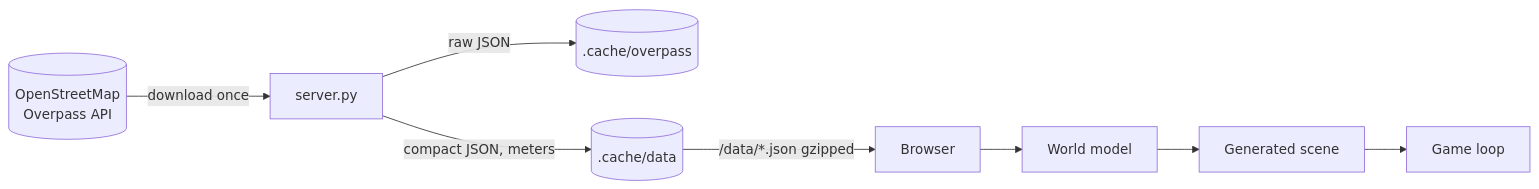
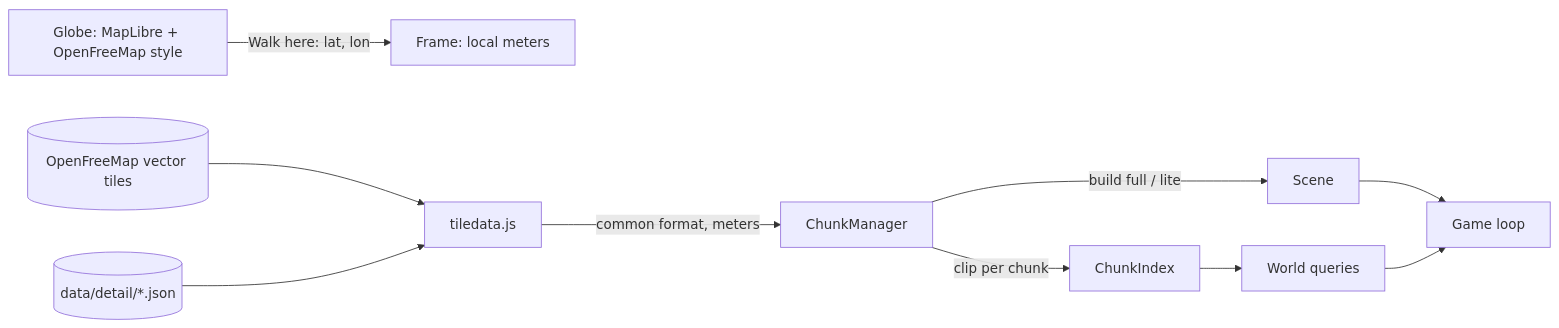
Before and after one commit to muhammad-hassnain/open-world: the diagram in docs/ARCHITECTURE.md, drawn with Mermaid. The commit also changed other lines of this file and 31 other files, not shown here.

First line of the commit message:
Extend the world to the whole planet with a globe and streaming tiles

````diff
--- a/docs/ARCHITECTURE.md
+++ b/docs/ARCHITECTURE.md
@@ -5,8 +5,10 @@
 ```mermaid
 flowchart LR
-  OSM[(OpenStreetMap<br/>Overpass API)] -->|download once| S[server.py]
-  S -->|raw JSON| RC[(.cache/overpass)]
-  S -->|compact JSON, meters| DC[(.cache/data)]
-  DC -->|/data/*.json gzipped| B[Browser]
-  B --> W[World model] --> G[Generated scene] --> L[Game loop]
+  G[Globe: MapLibre + OpenFreeMap style] -->|Walk here: lat, lon| F[Frame: local meters]
+  VT[(OpenFreeMap vector tiles)] --> T[tiledata.js]
+  DT[(data/detail/*.json)] --> T
+  T -->|common format, meters| C[ChunkManager]
+  C -->|clip per chunk| I[ChunkIndex] --> W[World queries]
+  C -->|build full / lite| S[Scene] --> L[Game loop]
+  W --> L
 ```
````
